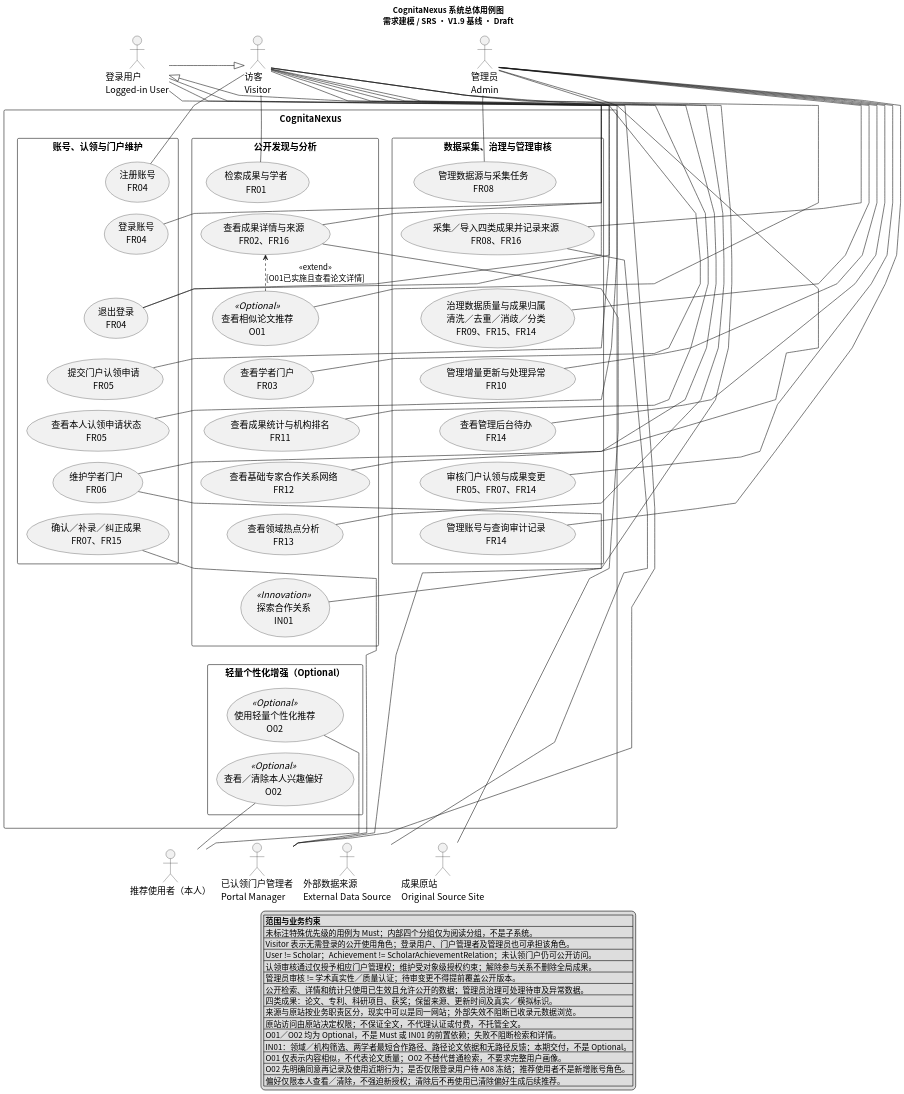
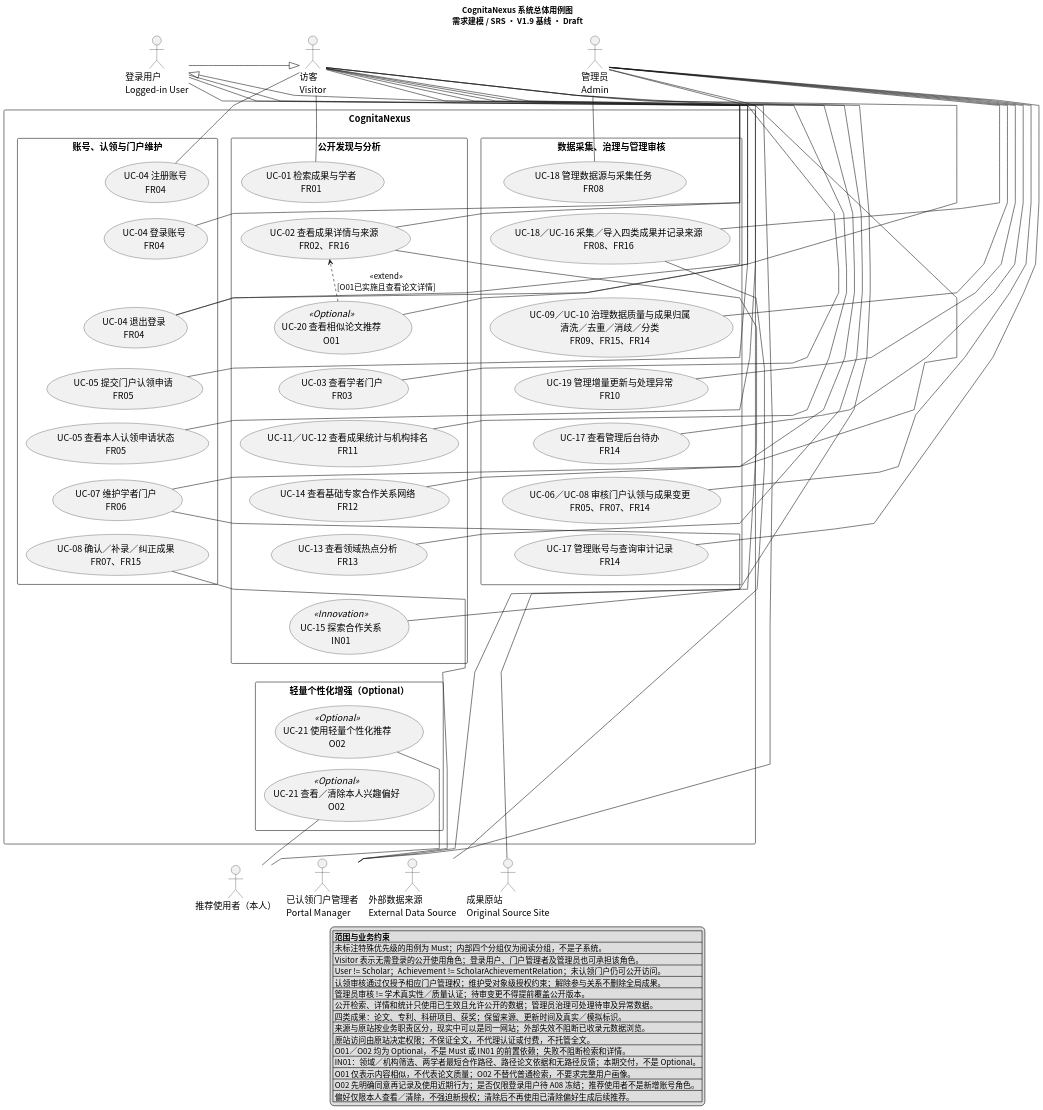
One commit to CognitaNexus/CognitaNexus changed the diagram in docs/uml/usecase/overall-usecase.puml. Above: the diagram before and after it, drawn with PlantUML. The commit also changed 63 other files, not shown here.

Commit message:
docs(srs): save integrated SRS SPEC and UML artifacts

```diff
--- a/docs/uml/usecase/overall-usecase.puml
+++ b/docs/uml/usecase/overall-usecase.puml
@@ -1,183 +1,183 @@
 @startuml
 skinparam monochrome true
 skinparam shadowing false
 skinparam defaultFontName "Noto Sans CJK SC"
 skinparam dpi 150
 
 ' DGM-USECASE-01 — 系统总体用例图，Draft，待联合 SRS 评审。
 ' 唯一维护源：overall-usecase.puml；overall-usecase.svg 仅由本文件生成。
 ' 从仓库根目录重新渲染：
-' plantuml -charset UTF-8 -tsvg -failfast2 docs/uml/usecase/overall-usecase.puml
+' plantuml -charset UTF-8 -tsvg -o generated -failfast2 docs/uml/usecase/overall-usecase.puml
 ' 依据：docs/requirements/学术成果分享平台需求分析与可行性报告.md（正文 V1.9）
 ' 规范：docs/srs/CognitaNexus_SRS编写与需求建模规范_V1.0.md
 ' 模块：docs/srs/modules/search-recommendation.md（V0.1 Draft）
 ' 本次按用户指定使用 docs/uml/usecase/，不另存第二份总体图源文件。
-' 用例别名仅为绘图标识；共同 SRS 的全局 UC 编号仍待统一分配。
+' 用例别名仅为绘图标识；全局 UC 编号已按global-id-registry.md登记。
 
 top to bottom direction
 skinparam defaultFontSize 16
 skinparam packageStyle rectangle
 skinparam nodesep 18
 skinparam ranksep 18
 skinparam linetype polyline
 skinparam ArrowFontSize 14
 skinparam NoteFontSize 14
 skinparam LegendFontSize 14
 skinparam actorStyle stickman
 
 title CognitaNexus 系统总体用例图\n需求建模 / SRS · V1.9 基线 · Draft
 
 actor "访客\nVisitor" as Visitor
 actor "登录用户\nLogged-in User" as User
 actor "已认领门户管理者\nPortal Manager" as PortalManager
 actor "推荐使用者（本人）" as Recommender
 actor "管理员\nAdmin" as Admin
 actor "外部数据来源\nExternal Data Source" as DataSource
 actor "成果原站\nOriginal Source Site" as OriginalSite
 
 rectangle "CognitaNexus" {
   package "公开发现与分析" as Discovery {
-    usecase "检索成果与学者\nFR01" as Search
-    usecase "查看成果详情与来源\nFR02、FR16" as Detail
-    usecase "查看学者门户\nFR03" as Portal
-    usecase "查看成果统计与机构排名\nFR11" as Statistics
-    usecase "查看基础专家合作关系网络\nFR12" as Network
-    usecase "查看领域热点分析\nFR13" as Hotspots
-    usecase "探索合作关系\nIN01" as Exploration <<Innovation>>
-    usecase "查看相似论文推荐\nO01" as Similar <<Optional>>
+    usecase "UC-01 检索成果与学者\nFR01" as Search
+    usecase "UC-02 查看成果详情与来源\nFR02、FR16" as Detail
+    usecase "UC-03 查看学者门户\nFR03" as Portal
+    usecase "UC-11／UC-12 查看成果统计与机构排名\nFR11" as Statistics
+    usecase "UC-14 查看基础专家合作关系网络\nFR12" as Network
+    usecase "UC-13 查看领域热点分析\nFR13" as Hotspots
+    usecase "UC-15 探索合作关系\nIN01" as Exploration <<Innovation>>
+    usecase "UC-20 查看相似论文推荐\nO01" as Similar <<Optional>>
   }
 
   package "账号、认领与门户维护" as AccountPortal {
-    usecase "注册账号\nFR04" as Register
-    usecase "登录账号\nFR04" as Login
-    usecase "退出登录\nFR04" as Logout
-    usecase "提交门户认领申请\nFR05" as Claim
-    usecase "查看本人认领申请状态\nFR05" as ClaimStatus
-    usecase "维护学者门户\nFR06" as MaintainPortal
-    usecase "确认／补录／纠正成果\nFR07、FR15" as MaintainAchievement
+    usecase "UC-04 注册账号\nFR04" as Register
+    usecase "UC-04 登录账号\nFR04" as Login
+    usecase "UC-04 退出登录\nFR04" as Logout
+    usecase "UC-05 提交门户认领申请\nFR05" as Claim
+    usecase "UC-05 查看本人认领申请状态\nFR05" as ClaimStatus
+    usecase "UC-07 维护学者门户\nFR06" as MaintainPortal
+    usecase "UC-08 确认／补录／纠正成果\nFR07、FR15" as MaintainAchievement
   }
 
   package "数据采集、治理与管理审核" as Governance {
-    usecase "管理数据源与采集任务\nFR08" as ManageCollection
-    usecase "采集／导入四类成果并记录来源\nFR08、FR16" as Collect
-    usecase "治理数据质量与成果归属\n清洗／去重／消歧／分类\nFR09、FR15、FR14" as DataQuality
-    usecase "管理增量更新与处理异常\nFR10" as Update
-    usecase "查看管理后台待办\nFR14" as Workbench
-    usecase "审核门户认领与成果变更\nFR05、FR07、FR14" as Review
-    usecase "管理账号与查询审计记录\nFR14" as AccountAudit
+    usecase "UC-18 管理数据源与采集任务\nFR08" as ManageCollection
+    usecase "UC-18／UC-16 采集／导入四类成果并记录来源\nFR08、FR16" as Collect
+    usecase "UC-09／UC-10 治理数据质量与成果归属\n清洗／去重／消歧／分类\nFR09、FR15、FR14" as DataQuality
+    usecase "UC-19 管理增量更新与处理异常\nFR10" as Update
+    usecase "UC-17 查看管理后台待办\nFR14" as Workbench
+    usecase "UC-06／UC-08 审核门户认领与成果变更\nFR05、FR07、FR14" as Review
+    usecase "UC-17 管理账号与查询审计记录\nFR14" as AccountAudit
   }
 
   package "轻量个性化增强（Optional）" as Personalization {
-    usecase "使用轻量个性化推荐\nO02" as Personalized <<Optional>>
-    usecase "查看／清除本人兴趣偏好\nO02" as Preferences <<Optional>>
+    usecase "UC-21 使用轻量个性化推荐\nO02" as Personalized <<Optional>>
+    usecase "UC-21 查看／清除本人兴趣偏好\nO02" as Preferences <<Optional>>
   }
 }
 
 ' 隐藏边仅控制并列业务分组布局，不表达任何业务依赖。
 Visitor -[hidden]down-> Search
 Search -[hidden]down-> Detail
 Detail -[hidden]down-> Similar
 Similar -[hidden]down-> Portal
 Portal -[hidden]down-> Statistics
 Statistics -[hidden]down-> Network
 Network -[hidden]down-> Hotspots
 Hotspots -[hidden]down-> Exploration
 
 Search -[hidden]right-> Register
 Register -[hidden]right-> ManageCollection
 ManageCollection -[hidden]down-> Collect
 Collect -[hidden]down-> DataQuality
 DataQuality -[hidden]down-> Update
 Update -[hidden]down-> Workbench
 Workbench -[hidden]down-> Review
 Review -[hidden]down-> AccountAudit
 Admin -[hidden]down-> ManageCollection
 ' 两类外部服务布置在边界下方，与内部用例分开。
 
 User -[hidden]down-> Register
 Register -[hidden]down-> Login
 Login -[hidden]down-> Logout
 Logout -[hidden]down-> Claim
 Claim -[hidden]down-> ClaimStatus
 ClaimStatus -[hidden]down-> MaintainPortal
 MaintainPortal -[hidden]down-> MaintainAchievement
 Preferences -[hidden]down-> PortalManager
 
 Exploration -[hidden]down-> Personalized
 Personalized -[hidden]down-> Preferences
 Preferences -[hidden]down-> Recommender
 Preferences -[hidden]down-> DataSource
 Preferences -[hidden]down-> OriginalSite
 
 ' norank 只解除布局约束；普通关联不表示执行顺序或强制前置依赖。
 Visitor -[norank]- Search
 Visitor -[norank]- Detail
 Visitor -[norank]- Portal
 Visitor -[norank]- Statistics
 Visitor -[norank]- Network
 Visitor -[norank]- Hotspots
 Visitor -[norank]- Exploration
 Visitor -[norank]- Similar
 Visitor -[norank]- Register
 Visitor -[norank]- Login
 
 User -[norank]- Logout
 User -[norank]- Claim
 User -[norank]- ClaimStatus
 PortalManager -[norank]- MaintainPortal
 PortalManager -[norank]- MaintainAchievement
 Recommender -[norank]- Personalized
 Recommender -[norank]- Preferences
 
 ManageCollection -[norank]- Admin
 Collect -[norank]- Admin
 DataQuality -[norank]- Admin
 Update -[norank]- Admin
 Workbench -[norank]- Admin
 Review -[norank]- Admin
 AccountAudit -[norank]- Admin
 MaintainPortal -[norank]- Admin
 Logout -[norank]- Admin
 Collect -[norank]- DataSource
 Detail -[norank]- OriginalSite
 ' OriginalSite 仅参与用户选择外部访问的场景，不是本地详情浏览的可用性前提。
 
 ' 泛化箭头由特殊角色指向一般角色，不表示登录或认领的状态转换。
 User -[norank]-|> Visitor
 PortalManager -[norank]-|> User
 
 ' 只有一条扩展关系：扩展用例指向基础用例。
 ' 扩展点：展示论文详情；条件：O01 已实施且当前成果为论文。
 Similar .[norank].> Detail : <<extend>>\n[O01已实施且查看论文详情]
 
 legend bottom
   |= 范围与业务约束 |
   | 未标注特殊优先级的用例为 Must；内部四个分组仅为阅读分组，不是子系统。 |
   | Visitor 表示无需登录的公开使用角色；登录用户、门户管理者及管理员也可承担该角色。 |
   | User != Scholar；Achievement != ScholarAchievementRelation；未认领门户仍可公开访问。 |
   | 认领审核通过仅授予相应门户管理权；维护受对象级授权约束；解除参与关系不删除全局成果。 |
   | 管理员审核 != 学术真实性／质量认证；待审变更不得提前覆盖公开版本。 |
   | 公开检索、详情和统计只使用已生效且允许公开的数据；管理员治理可处理待审及异常数据。 |
   | 四类成果：论文、专利、科研项目、获奖；保留来源、更新时间及真实／模拟标识。 |
   | 来源与原站按业务职责区分，现实中可以是同一网站；外部失效不阻断已收录元数据浏览。 |
   | 原站访问由原站决定权限；不保证全文，不代理认证或付费，不托管全文。 |
   | O01／O02 均为 Optional，不是 Must 或 IN01 的前置依赖；失败不阻断检索和详情。 |
   | IN01：领域／机构筛选、两学者最短合作路径、路径论文依据和无路径反馈；本期交付，不是 Optional。 |
   | O01 仅表示内容相似，不代表论文质量；O02 不替代普通检索，不要求完整用户画像。 |
   | O02 先明确同意再记录及使用近期行为；是否仅限登录用户待 A08 冻结；推荐使用者不是新增账号角色。 |
   | 偏好仅限本人查看／清除，不强迫新授权；清除后不再使用已清除偏好生成后续推荐。 |
 endlegend
 
 ' 覆盖核对：FR01 Search；FR02 Detail；FR03 Portal；FR04 Register/Login/Logout。
 ' FR05 Claim/ClaimStatus/Review；FR06 MaintainPortal；FR07 MaintainAchievement/Review。
 ' FR08 ManageCollection/Collect；FR09 DataQuality；FR10 Update；FR11 Statistics。
 ' FR12 Network；FR13 Hotspots；FR14 Workbench/Review/AccountAudit/DataQuality。
 ' FR15 DataQuality/MaintainAchievement；FR16 Collect/Detail；IN01 Exploration。
 ' O01 Similar（Optional）；O02 Personalized/Preferences（Optional）。
 ' 不画 include：认证和对象级权限是前置约束，不表示每次重复登录或重新认领。
 ' 治理用例涵盖自动处理结果与人工核验，不表示全部清洗或消歧都由管理员手工执行。
 ' 提交认领包含补充材料分支；成果纠正涵盖解除本人关联申请，不单独展开状态和异常。
 ' 待联合冻结：O02 身份范围、授权/近期行为/偏好清除规则（模块 A08/A09）；
 ' 相似推荐业务口径（A10）；公开字段与争议关系（A06）；外链反馈边界（A07）；
-' 真实/模拟过滤责任（A05）；全局用例编号及图资产路径对齐（A12）。
+' 真实/模拟过滤责任（A05）；后续另一子组编号协调（A12；本组已统一）。
 @enduml
```
